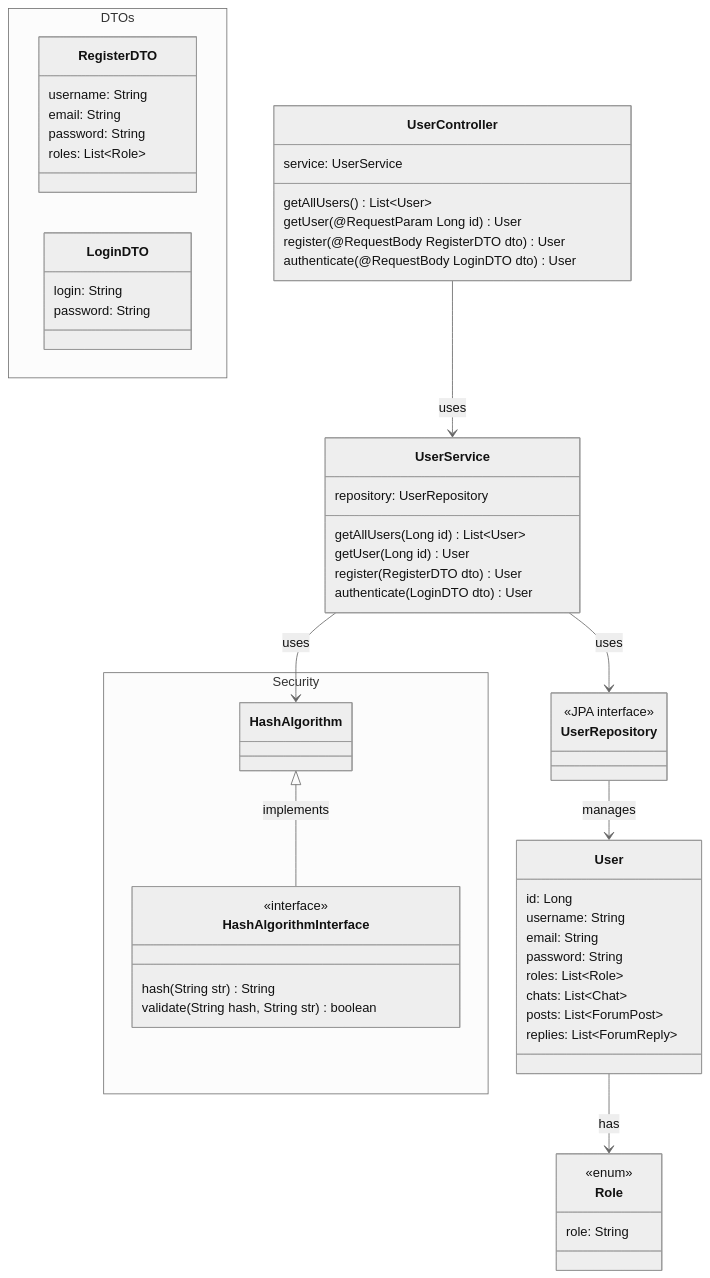
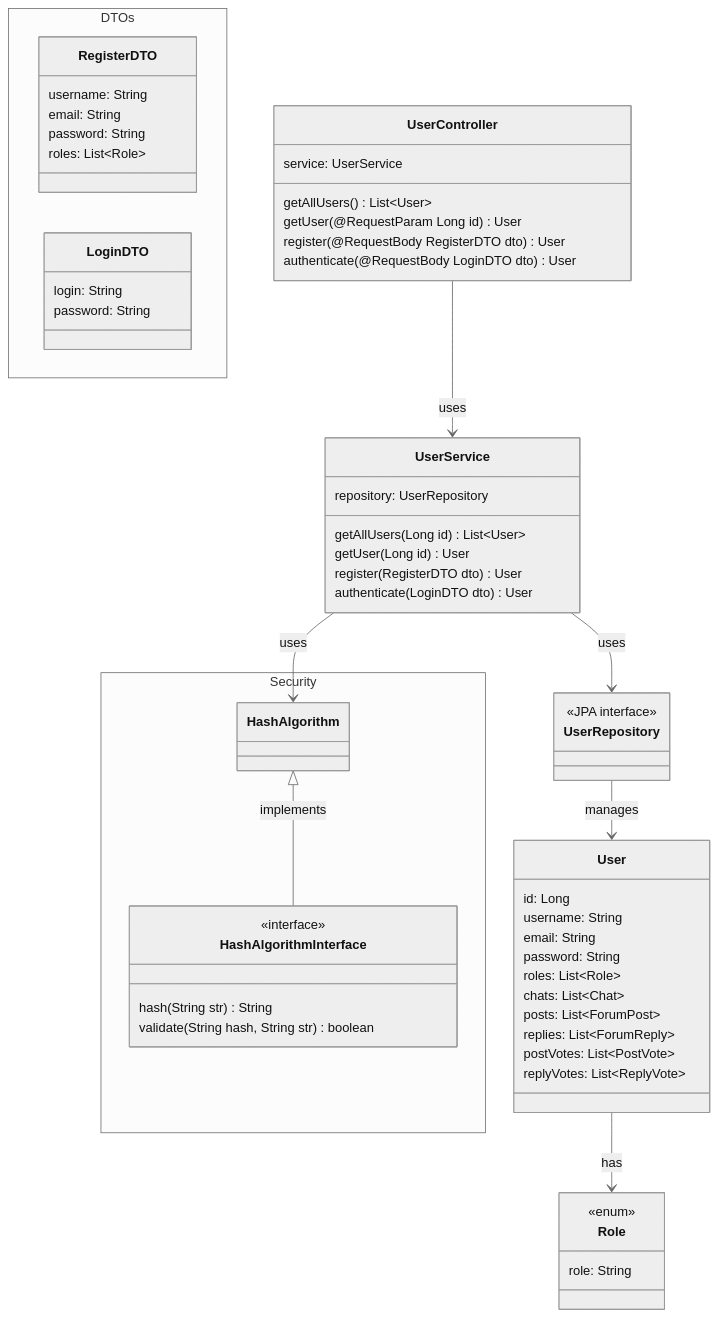
The diagram in docs/diagramas/diagrama-classes/user-domain.md (sioterino/anemonas), drawn with Mermaid (neutral theme) before and after one commit. The commit also changed other lines of this file and 4 other files, not shown here.

Commit message:
diagrama de classes / forum domain

````diff
--- a/docs/diagramas/diagrama-classes/user-domain.md
+++ b/docs/diagramas/diagrama-classes/user-domain.md
@@ -8,75 +11,78 @@
 ```mermaid
 classDiagram
 
     class User {
         id: Long
         username: String
         email: String
         password: String
         roles: List~Role~
 
         chats: List~Chat~
         posts: List~ForumPost~
         replies: List~ForumReply~
+
+        postVotes: List~PostVote~
+        replyVotes: List~ReplyVote~
     }
 
     class Role {
         <<enum>>
         role: String
     }
 
     class UserRepository {
         <<JPA interface>>
     }
 
     class UserService {
         repository: UserRepository
         getAllUsers(Long id) List~User~
         getUser(Long id) User
         register(RegisterDTO dto) User
         authenticate(LoginDTO dto) User
     }
 
     class UserController {
         service: UserService
         getAllUsers() List~User~
         getUser(@RequestParam Long id) User
         register(@RequestBody RegisterDTO dto) User
         authenticate(@RequestBody LoginDTO dto) User
     }
 
     namespace DTOs {
         class RegisterDTO {
             username: String
             email: String
             password: String
             roles: List~Role~
         }
 
         class LoginDTO {
             login: String
             password: String
         }
     }
 
     namespace Security {
 
         class HashAlgorithmInterface {
             <<interface>>
             hash(String str) String
             validate(String hash, String str) boolean
         }
 
         class HashAlgorithm {}
 
     }
 
     User --> Role : has
     UserRepository --> User : manages
     UserService --> UserRepository : uses
     UserController --> UserService : uses
 
     HashAlgorithm <|-- HashAlgorithmInterface : implements
     UserService --> HashAlgorithm : uses
 
 ```
````
